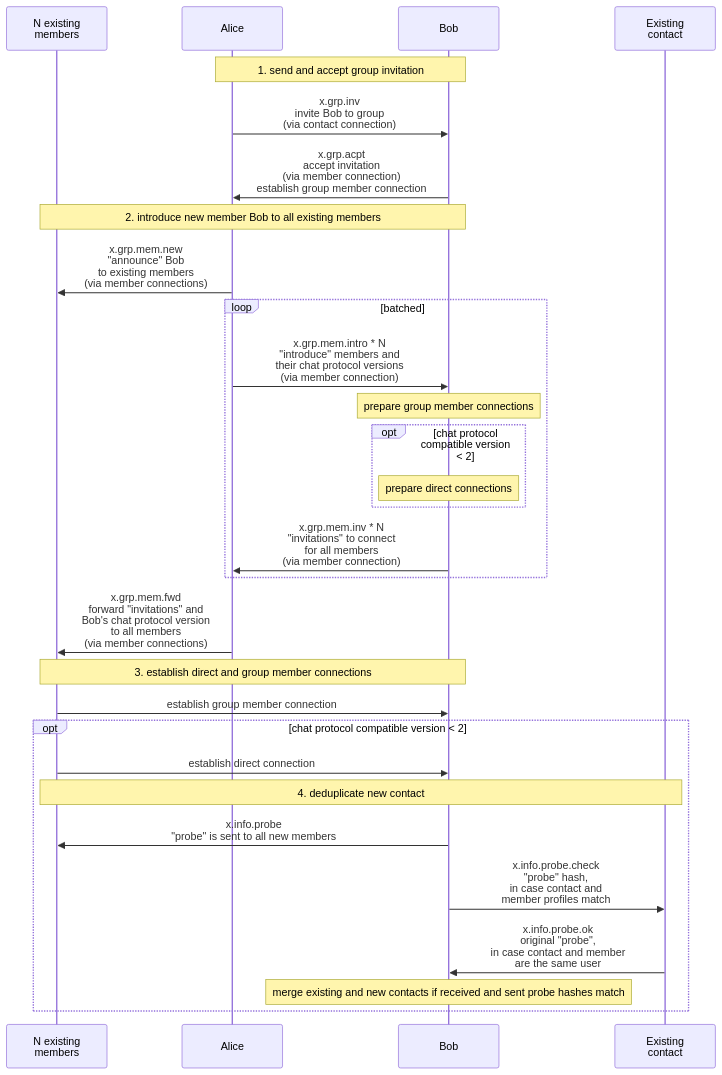
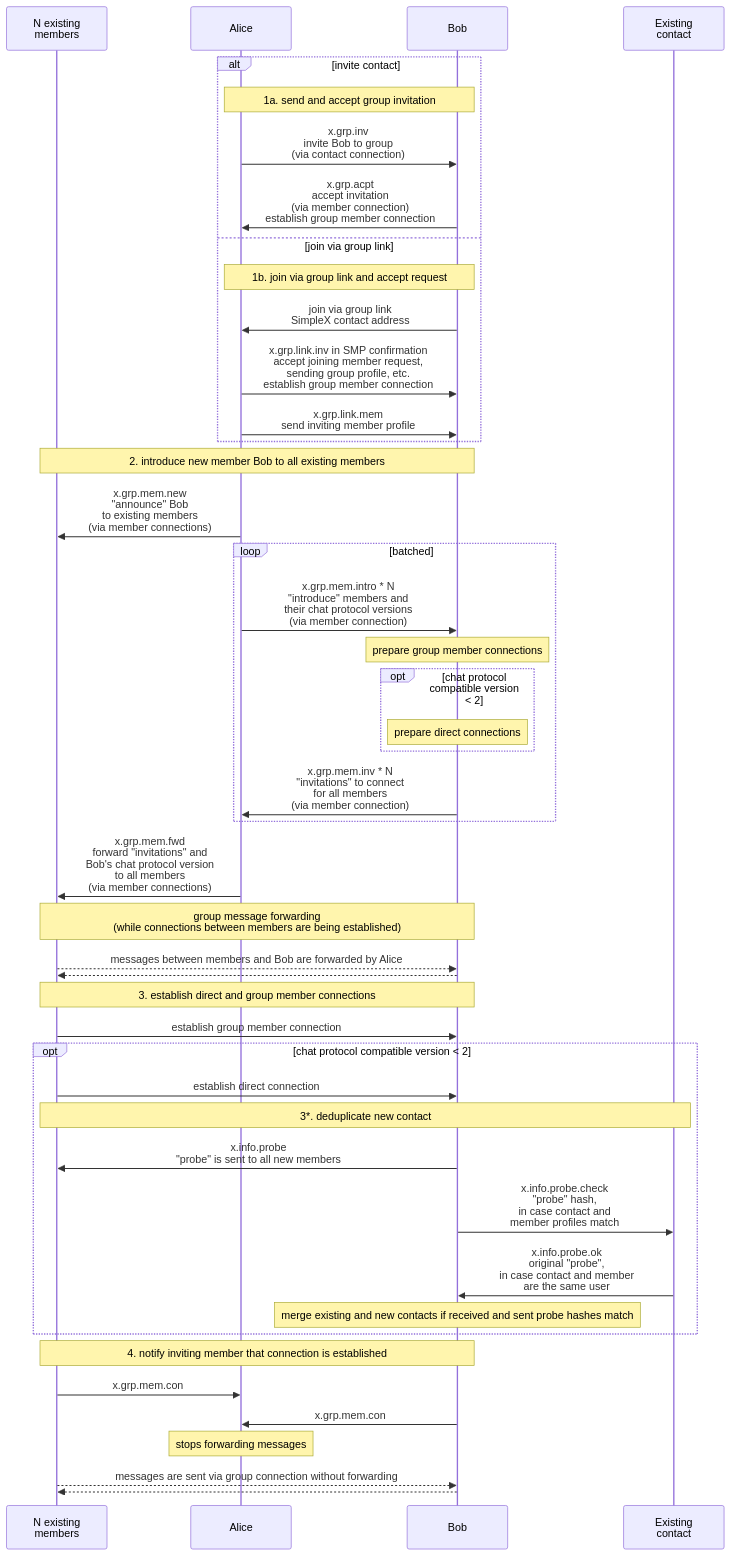
Before and after one commit to simplex-chat/simplex-chat: the diagram in docs/protocol/diagrams/group.mmd, drawn with Mermaid. The commit also changed 3 other files, not shown here.

```diff
--- a/docs/protocol/diagrams/group.mmd
+++ b/docs/protocol/diagrams/group.mmd
@@ -1,33 +1,51 @@
 sequenceDiagram
   participant M as N existing<br>members
   participant A as Alice
   participant B as Bob
   participant C as Existing<br>contact
 
-  note over A, B: 1. send and accept group invitation
-  A ->> B: x.grp.inv<br>invite Bob to group<br>(via contact connection)
-  B ->> A: x.grp.acpt<br>accept invitation<br>(via member connection)<br>establish group member connection
+  alt invite contact
+    note over A, B: 1a. send and accept group invitation
+    A ->> B: x.grp.inv<br>invite Bob to group<br>(via contact connection)
+    B ->> A: x.grp.acpt<br>accept invitation<br>(via member connection)<br>establish group member connection
+  else join via group link
+    note over A, B: 1b. join via group link and accept request
+    B ->> A: join via group link<br>SimpleX contact address
+    A ->> B: x.grp.link.inv in SMP confirmation<br>accept joining member request,<br>sending group profile, etc.<br>establish group member connection
+    A ->> B: x.grp.link.mem<br>send inviting member profile
+  end
 
   note over M, B: 2. introduce new member Bob to all existing members
   A ->> M: x.grp.mem.new<br>"announce" Bob<br>to existing members<br>(via member connections)
   loop batched
     A ->> B: x.grp.mem.intro * N<br>"introduce" members and<br>their chat protocol versions<br>(via member connection)
     note over B: prepare group member connections
     opt chat protocol compatible version < 2
       note over B: prepare direct connections
     end
     B ->> A: x.grp.mem.inv * N<br>"invitations" to connect<br>for all members<br>(via member connection)
   end
   A ->> M: x.grp.mem.fwd<br>forward "invitations" and<br>Bob's chat protocol version<br>to all members<br>(via member connections)
 
+  note over M, B: group message forwarding<br>(while connections between members are being established)
+  M -->> B: messages between members and Bob are forwarded by Alice
+  B -->> M: 
+
   note over M, B: 3. establish direct and group member connections
   M ->> B: establish group member connection
 
   opt chat protocol compatible version < 2
     M ->> B: establish direct connection
-    note over M, C: 4. deduplicate new contact
+    note over M, C: 3*. deduplicate new contact
     B ->> M: x.info.probe<br>"probe" is sent to all new members
     B ->> C: x.info.probe.check<br>"probe" hash,<br>in case contact and<br>member profiles match
     C ->> B: x.info.probe.ok<br> original "probe",<br> in case contact and member<br>are the same user
     note over B: merge existing and new contacts if received and sent probe hashes match
   end
+
+  note over M, B: 4. notify inviting member that connection is established
+  M ->> A: x.grp.mem.con
+  B ->> A: x.grp.mem.con
+  note over A: stops forwarding messages
+  M -->> B: messages are sent via group connection without forwarding
+  B -->> M: 
```
